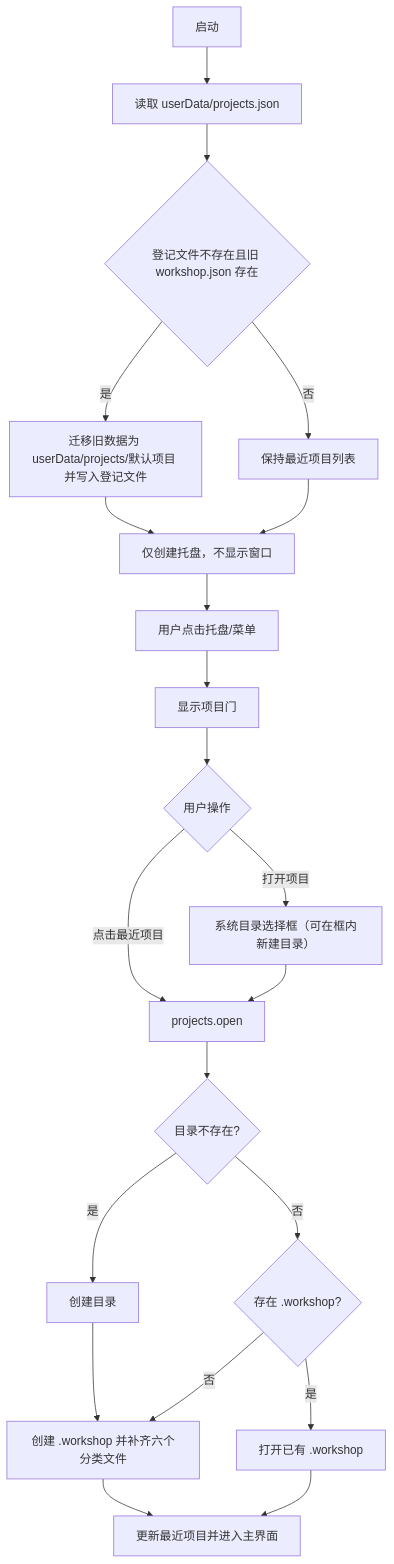
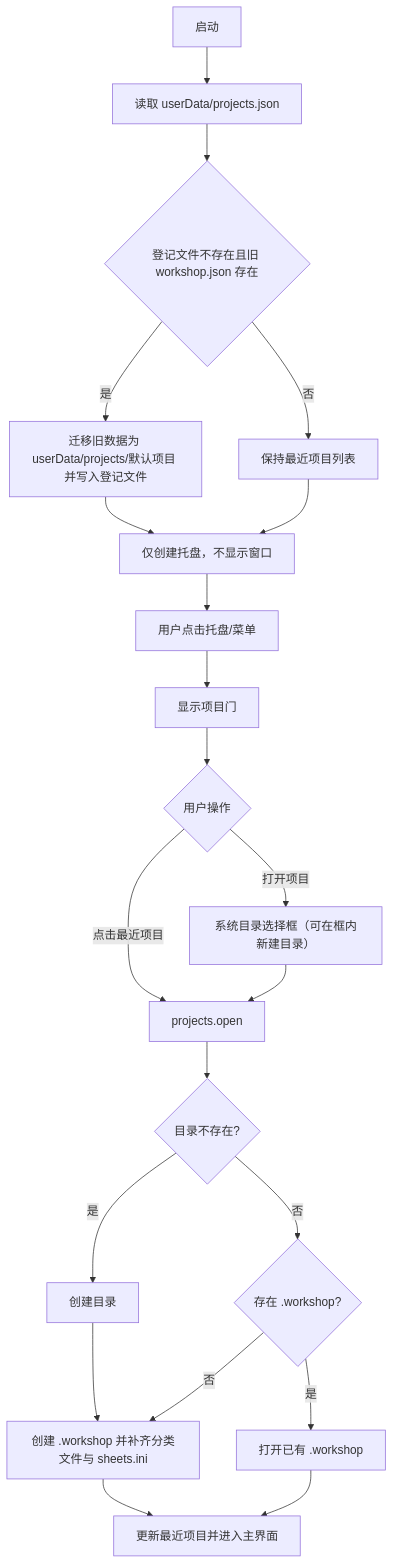
One commit to the-writer/creative-workshop changed the first of 2 diagrams in docs/prd/07-persistence-and-ipc.md. Above: the diagram before and after it, drawn with Mermaid. The commit also changed other lines of this file and 7 other files, not shown here.

Commit message:
feat: generate grouped sheets.ini in workshop data

````diff
--- a/docs/prd/07-persistence-and-ipc.md
+++ b/docs/prd/07-persistence-and-ipc.md
@@ -7,22 +7,22 @@
 ```mermaid
 flowchart TD
   A[启动] --> B[读取 userData/projects.json]
   B --> C{登记文件不存在且旧 workshop.json 存在}
   C -- 是 --> D[迁移旧数据为 userData/projects/默认项目 并写入登记文件]
   C -- 否 --> E[保持最近项目列表]
   D --> F[仅创建托盘，不显示窗口]
   E --> F
   F --> G[用户点击托盘/菜单]
   G --> H[显示项目门]
   H --> I{用户操作}
   I -- 点击最近项目 --> J[projects.open]
   I -- 打开项目 --> K[系统目录选择框（可在框内新建目录）] --> J
   J --> L{目录不存在?}
   L -- 是 --> M[创建目录]
   L -- 否 --> N{存在 .workshop?}
-  M --> O[创建 .workshop 并补齐六个分类文件]
+  M --> O[创建 .workshop 并补齐分类文件与 sheets.ini]
   N -- 否 --> O
   N -- 是 --> P[打开已有 .workshop]
   O --> Q[更新最近项目并进入主界面]
   P --> Q
 ```
````
